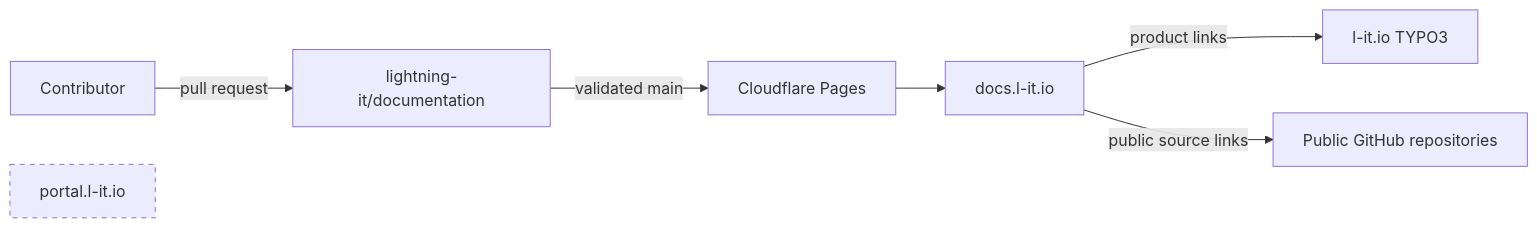
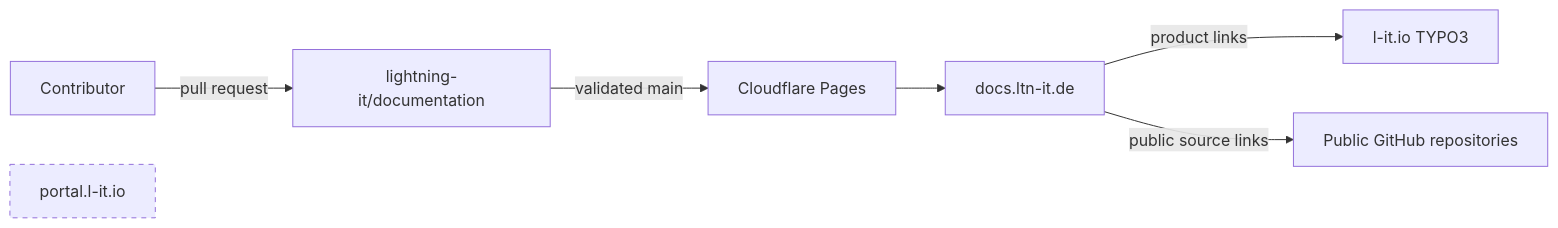
Before and after one commit to lightning-it/documentation: the diagram in ARCHITECTURE.md, drawn with Mermaid. The commit also changed 23 other files, not shown here.

````diff
--- a/ARCHITECTURE.md
+++ b/ARCHITECTURE.md
@@ -12,11 +12,11 @@
 ```mermaid
 flowchart LR
     Author[Contributor] -->|pull request| GitHub[lightning-it/documentation]
     GitHub -->|validated main| Pages[Cloudflare Pages]
-    Pages --> Docs[docs.l-it.io]
+    Pages --> Docs[docs.ltn-it.de]
     Docs -->|product links| Website[l-it.io TYPO3]
     Docs -->|public source links| PublicRepos[Public GitHub repositories]
     Portal[portal.l-it.io]:::separate
 
     classDef separate stroke-dasharray: 5 5
 ```
````
